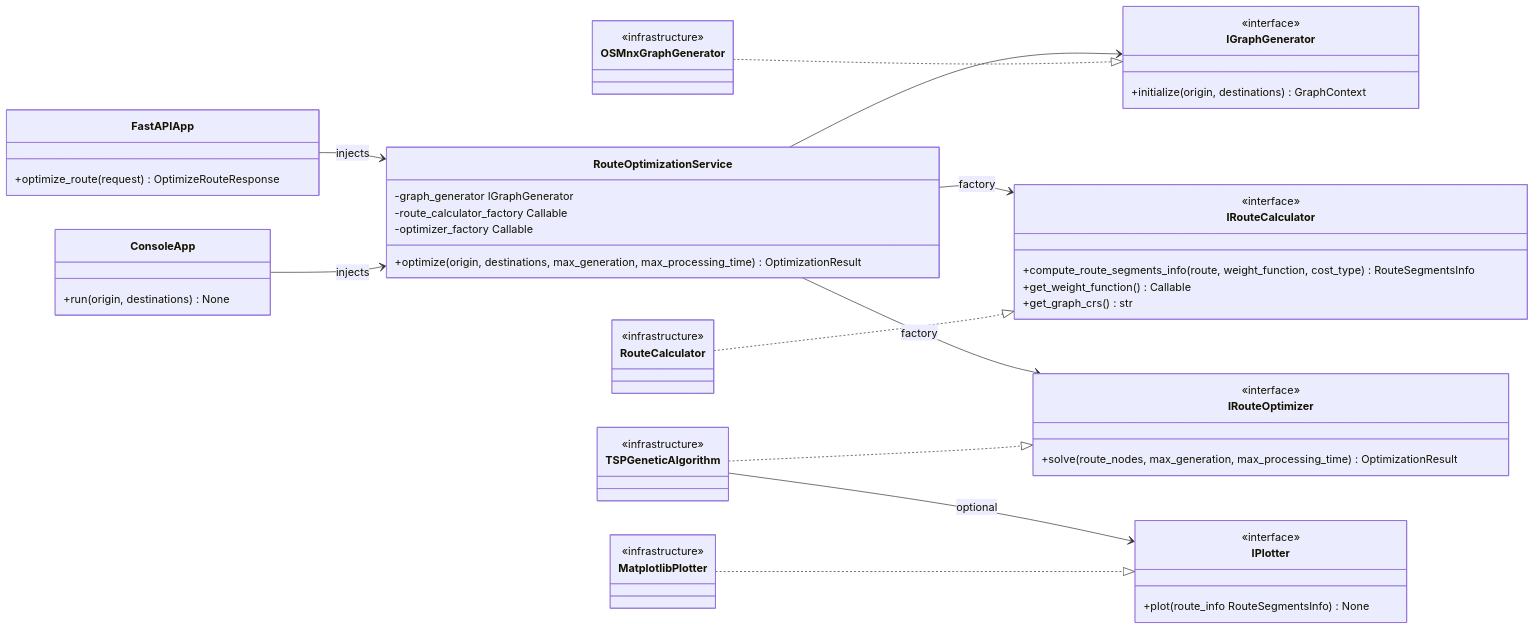
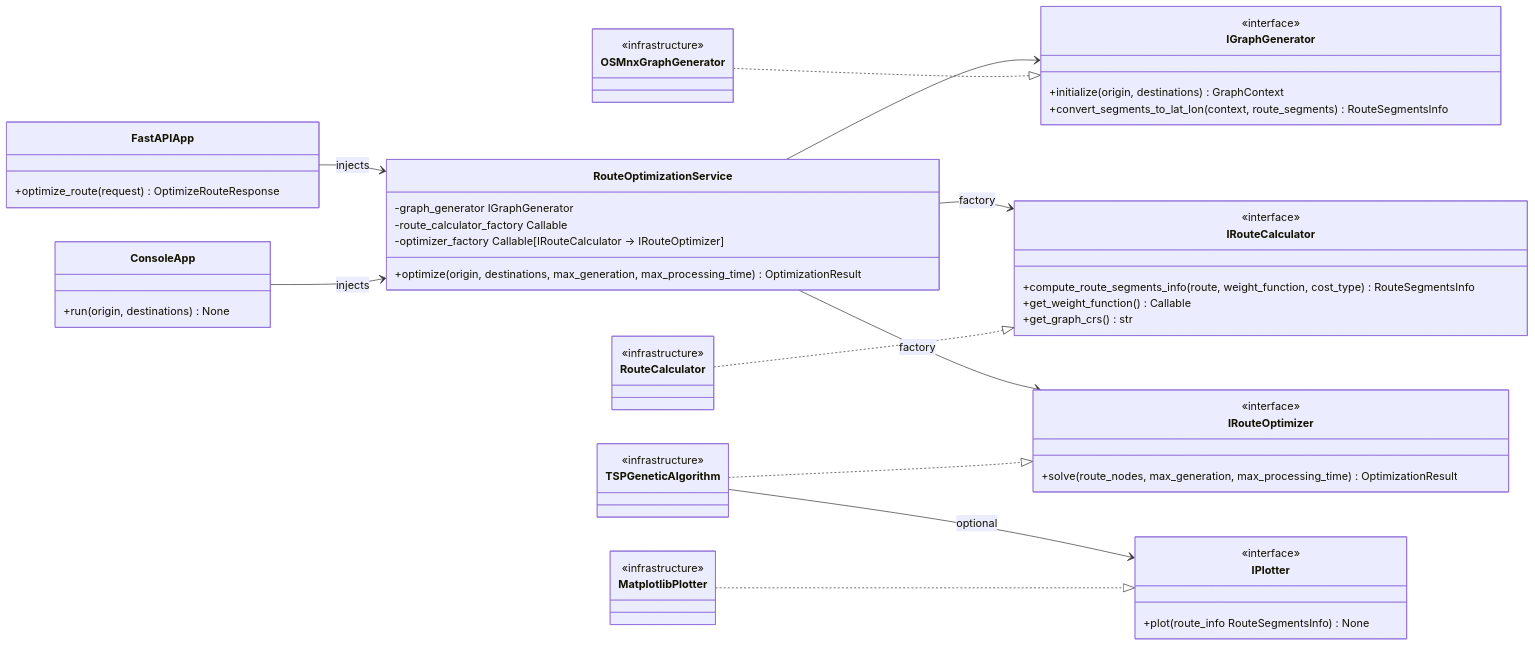
The third of 3 diagrams in architecture.md (luizaaca/api_best_route), drawn with Mermaid before and after one commit. The commit also changed other lines of this file and 12 other files, not shown here.

Commit message:
feat: Update README and architecture documentation, enhance RouteOptimizationService with segment conversion, and improve route calculation logic

````diff
--- a/architecture.md
+++ b/architecture.md
@@ -255,59 +260,60 @@
 ```mermaid
 classDiagram
     direction LR
 
     class IGraphGenerator {
         <<interface>>
         +initialize(origin, destinations) GraphContext
+        +convert_segments_to_lat_lon(context, route_segments) RouteSegmentsInfo
     }
 
     class IRouteCalculator {
         <<interface>>
         +compute_route_segments_info(route, weight_function, cost_type) RouteSegmentsInfo
         +get_weight_function() Callable
         +get_graph_crs() str
     }
 
     class IRouteOptimizer {
         <<interface>>
         +solve(route_nodes, max_generation, max_processing_time) OptimizationResult
     }
 
     class IPlotter {
         <<interface>>
         +plot(route_info RouteSegmentsInfo) None
     }
 
     class OSMnxGraphGenerator { <<infrastructure>> }
     class RouteCalculator { <<infrastructure>> }
     class TSPGeneticAlgorithm { <<infrastructure>> }
     class MatplotlibPlotter { <<infrastructure>> }
 
     class RouteOptimizationService {
         -graph_generator IGraphGenerator
         -route_calculator_factory Callable
-        -optimizer_factory Callable
+        -optimizer_factory Callable[IRouteCalculator -> IRouteOptimizer]
         +optimize(origin, destinations, max_generation, max_processing_time) OptimizationResult
     }
 
     class FastAPIApp {
         +optimize_route(request) OptimizeRouteResponse
     }
 
     class ConsoleApp {
         +run(origin, destinations) None
     }
 
     RouteOptimizationService --> IGraphGenerator
     RouteOptimizationService --> IRouteCalculator : factory
     RouteOptimizationService --> IRouteOptimizer : factory
     TSPGeneticAlgorithm --> IPlotter : optional
 
     OSMnxGraphGenerator ..|> IGraphGenerator
     RouteCalculator ..|> IRouteCalculator
     TSPGeneticAlgorithm ..|> IRouteOptimizer
     MatplotlibPlotter ..|> IPlotter
 
     FastAPIApp --> RouteOptimizationService : injects
     ConsoleApp --> RouteOptimizationService : injects
 ```
````
